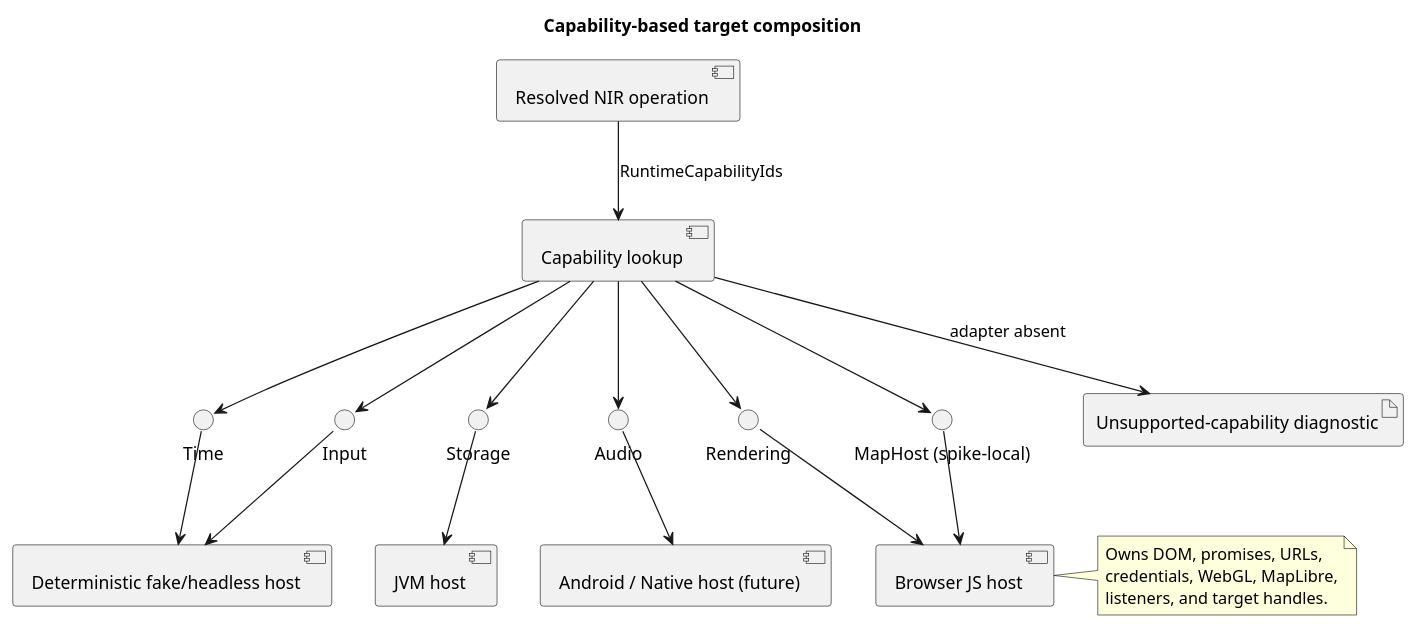
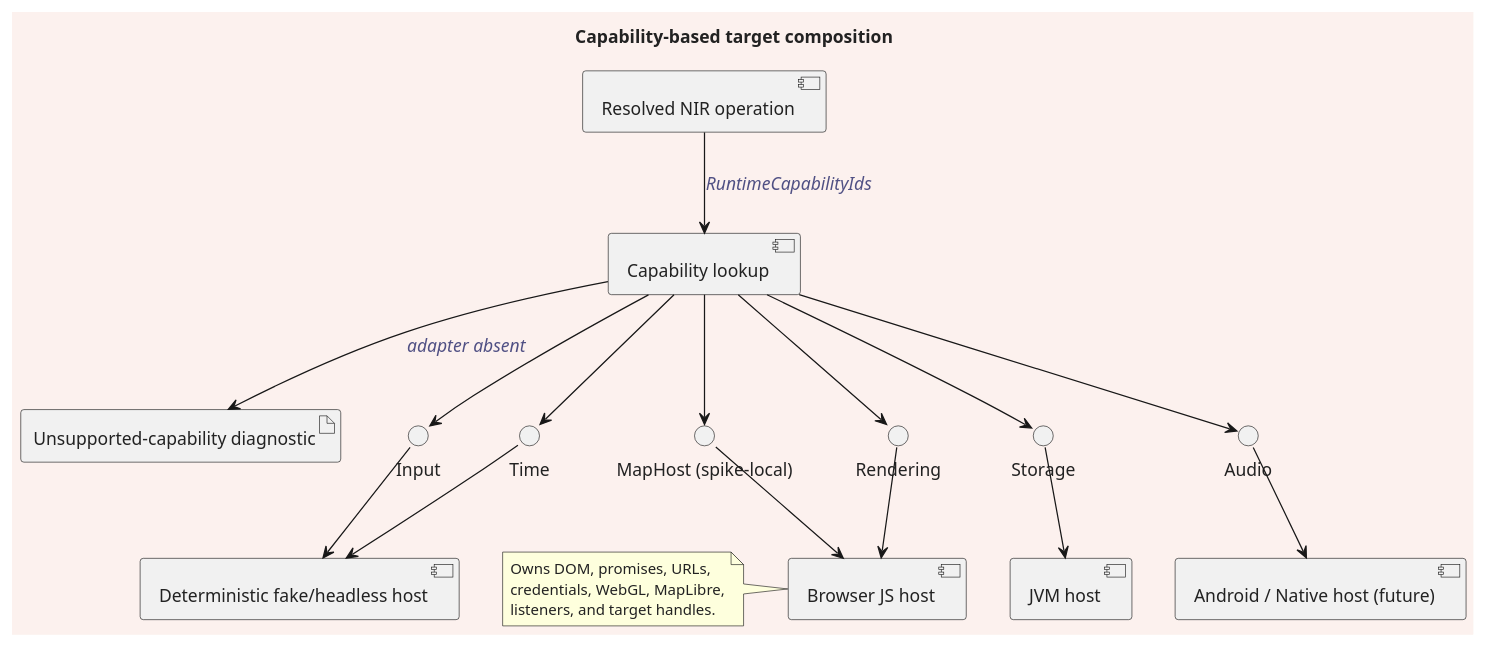
Before and after one commit to 4ian/GDevelop: the eighth of 11 diagrams in docs/kotlin-port/DIAGRAMS.md, drawn with PlantUML. The commit also changed other lines of this file and 2 other files, not shown here.

Commit message:
gradle conf and DIAGRAMS.md plantuml fixes

````diff
--- a/docs/kotlin-port/DIAGRAMS.md
+++ b/docs/kotlin-port/DIAGRAMS.md
@@ -336,38 +437,51 @@
 ```plantuml
 @startuml
 title Capability-based target composition
+
 top to bottom direction
+
+skinparam BackgroundColor #FCF1EEFF
+skinparam DefaultFontColor #222222FF
+skinparam DefaultFontSize 14
+skinparam ArrowFontColor #505084FF
+skinparam ArrowFontStyle italic
+skinparam NoteFontSize 12
+skinparam DefaultFontName jetbrains-mono
+
 component "Resolved NIR operation" as op
 component "Capability lookup" as lookup
+artifact "Unsupported-capability diagnostic" as reject
+interface "MapHost (spike-local)" as map
 interface Time as time
 interface Input as input
 interface Storage as storage
 interface Audio as audio
 interface Rendering as rendering
-interface "MapHost (spike-local)" as map
+component "Browser JS host" as js
 component "Deterministic fake/headless host" as fake
 component "JVM host" as jvm
-component "Browser JS host" as js
 component "Android / Native host (future)" as native
-artifact "Unsupported-capability diagnostic" as reject
+
 op --> lookup : RuntimeCapabilityIds
+lookup --> reject : adapter absent
+lookup --> map
+lookup --> rendering
+lookup --> input
 lookup --> time
-lookup --> input
 lookup --> storage
 lookup --> audio
-lookup --> rendering
-lookup --> map
+rendering --> js
+map --> js
 time --> fake
 input --> fake
 storage --> jvm
-rendering --> js
-map --> js
 audio --> native
-lookup --> reject : adapter absent
-note right of js
+
+note left of js
   Owns DOM, promises, URLs,
   credentials, WebGL, MapLibre,
   listeners, and target handles.
 end note
+
 @enduml
 ```
````
